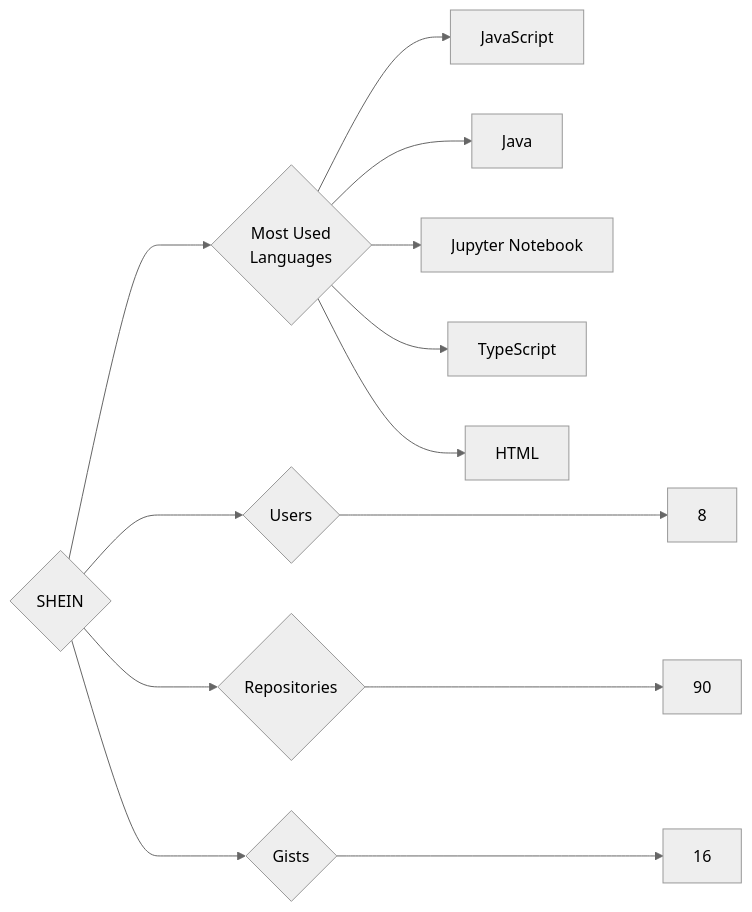
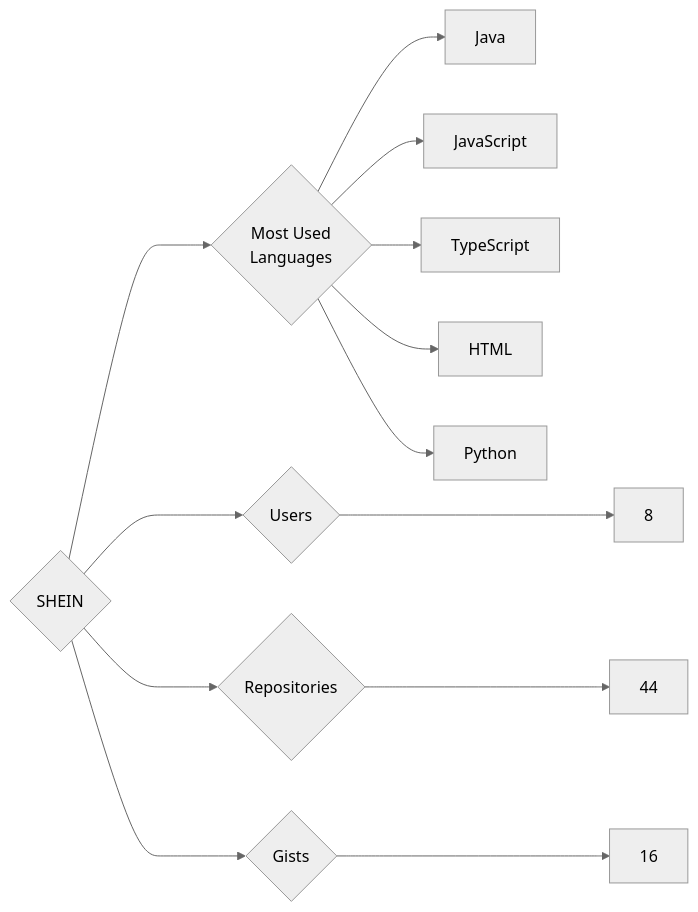
Before and after one commit to trickest/insiders: the diagram in targets/SHEIN/README.md, drawn with Mermaid (neutral theme). The commit also changed 969 other files, not shown here.

````diff
--- a/targets/SHEIN/README.md
+++ b/targets/SHEIN/README.md
@@ -3,13 +3,13 @@
 ```mermaid
 graph LR
 COMPANY_NAME{SHEIN}
 COMPANY_NAME ---> U{Users} ---> UN[8]
-COMPANY_NAME ---> R{Repositories} ---> RN[90]
+COMPANY_NAME ---> R{Repositories} ---> RN[44]
 COMPANY_NAME ---> G{Gists} ---> GN[16]
 COMPANY_NAME ---> ML{Most Used<br>Languages}
+ML --> Java[Java]
 ML --> JavaScript[JavaScript]
-ML --> Java[Java]
-ML --> Jupyter_Notebook[Jupyter Notebook]
 ML --> TypeScript[TypeScript]
 ML --> HTML[HTML]
+ML --> Python[Python]
 ```
````
